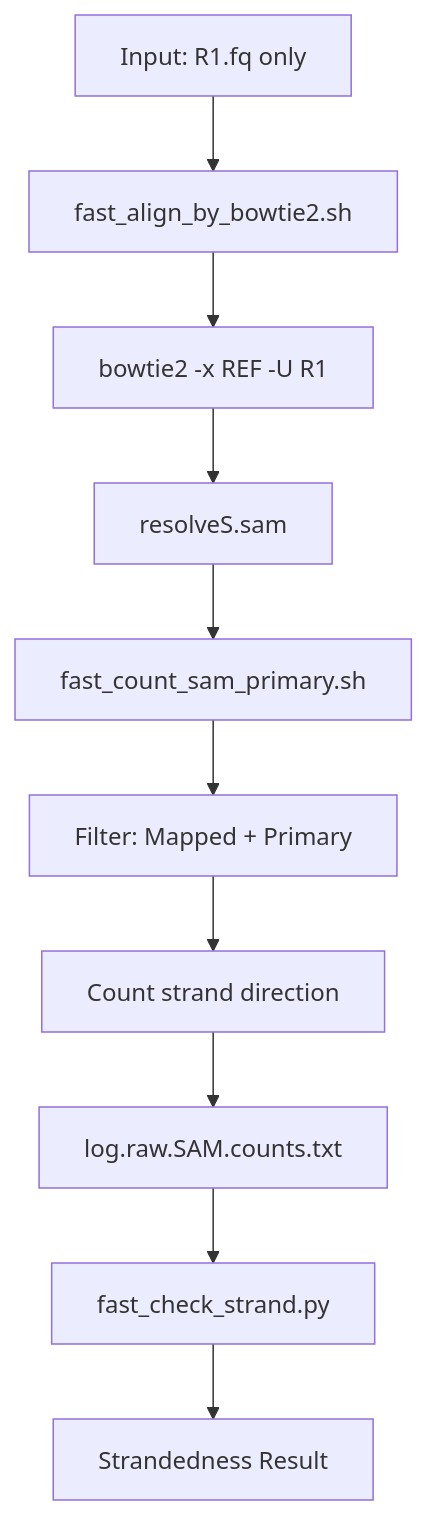
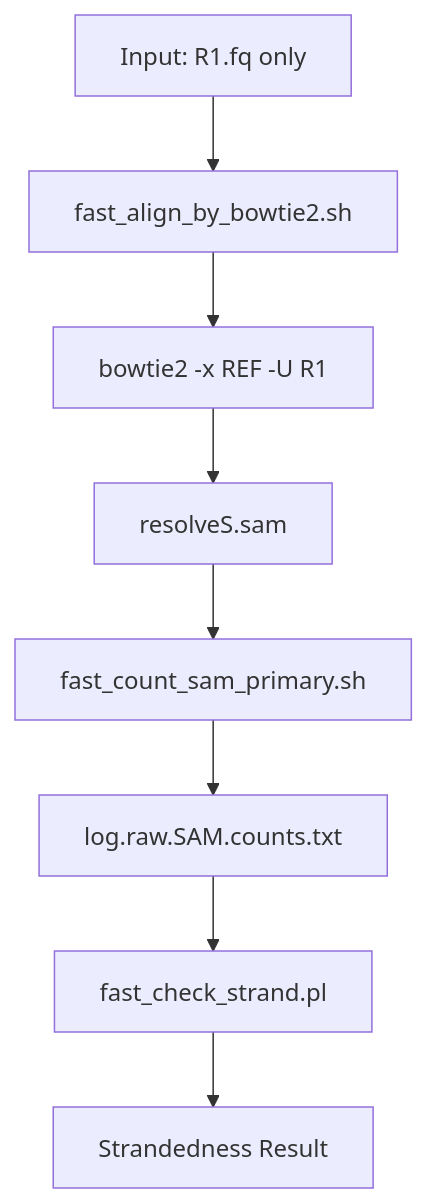
Before and after one commit to yudalang3/resolveS: the second of 3 diagrams in README.md, drawn with Mermaid. The commit also changed other lines of this file and 1 other file, not shown here.

````diff
--- a/README.md
+++ b/README.md
@@ -270,12 +207,10 @@
 ```mermaid
 flowchart TD
     A["Input: R1.fq only"] --> B["fast_align_by_bowtie2.sh"]
     B --> C["bowtie2 -x REF -U R1"]
     C --> D["resolveS.sam"]
     D --> E["fast_count_sam_primary.sh"]
-    E --> F["Filter: Mapped + Primary"]
-    F --> G["Count strand direction"]
-    G --> H["log.raw.SAM.counts.txt"]
-    H --> I["fast_check_strand.py"]
-    I --> J["Strandedness Result"]
+    E --> F["log.raw.SAM.counts.txt"]
+    F --> G["fast_check_strand.pl"]
+    G --> H["Strandedness Result"]
 ```
````
